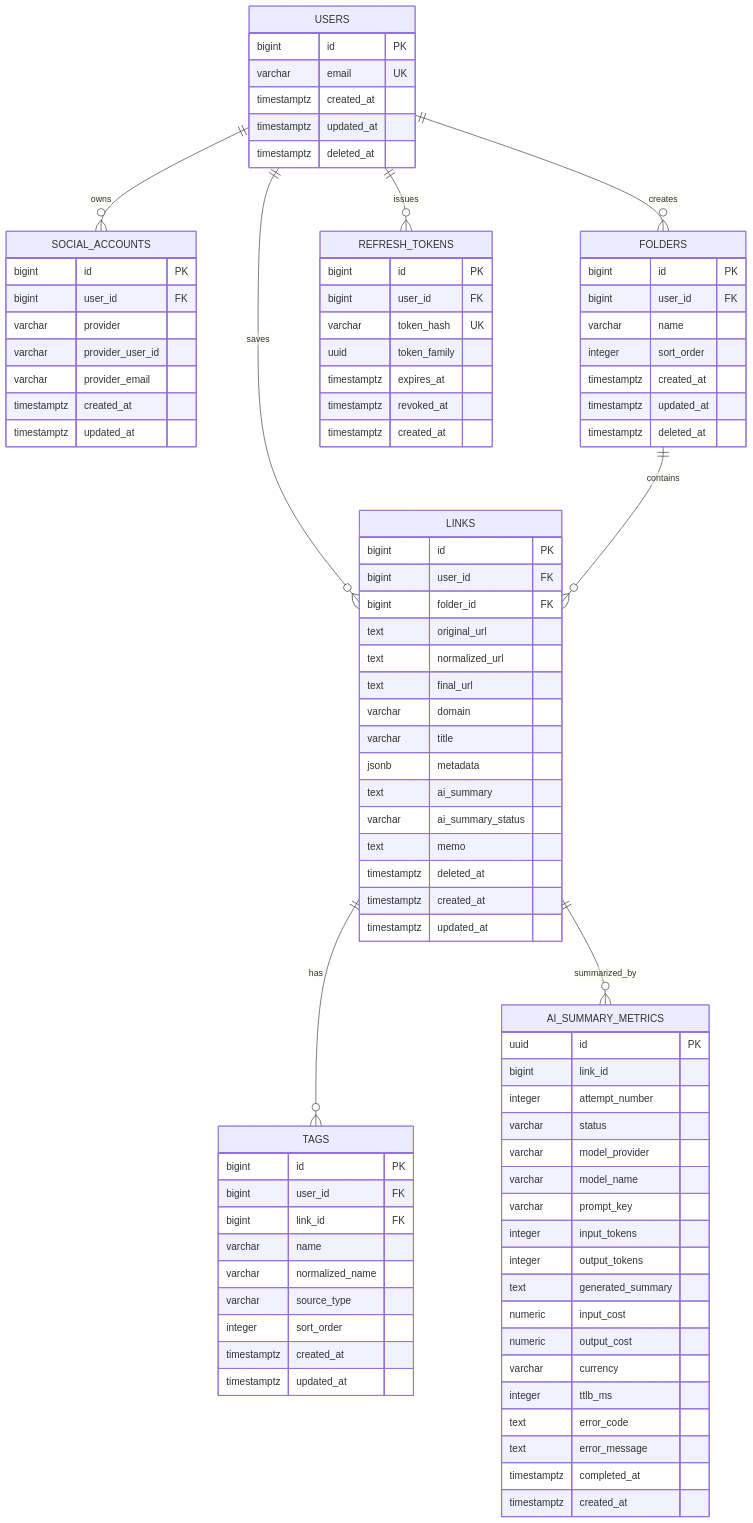
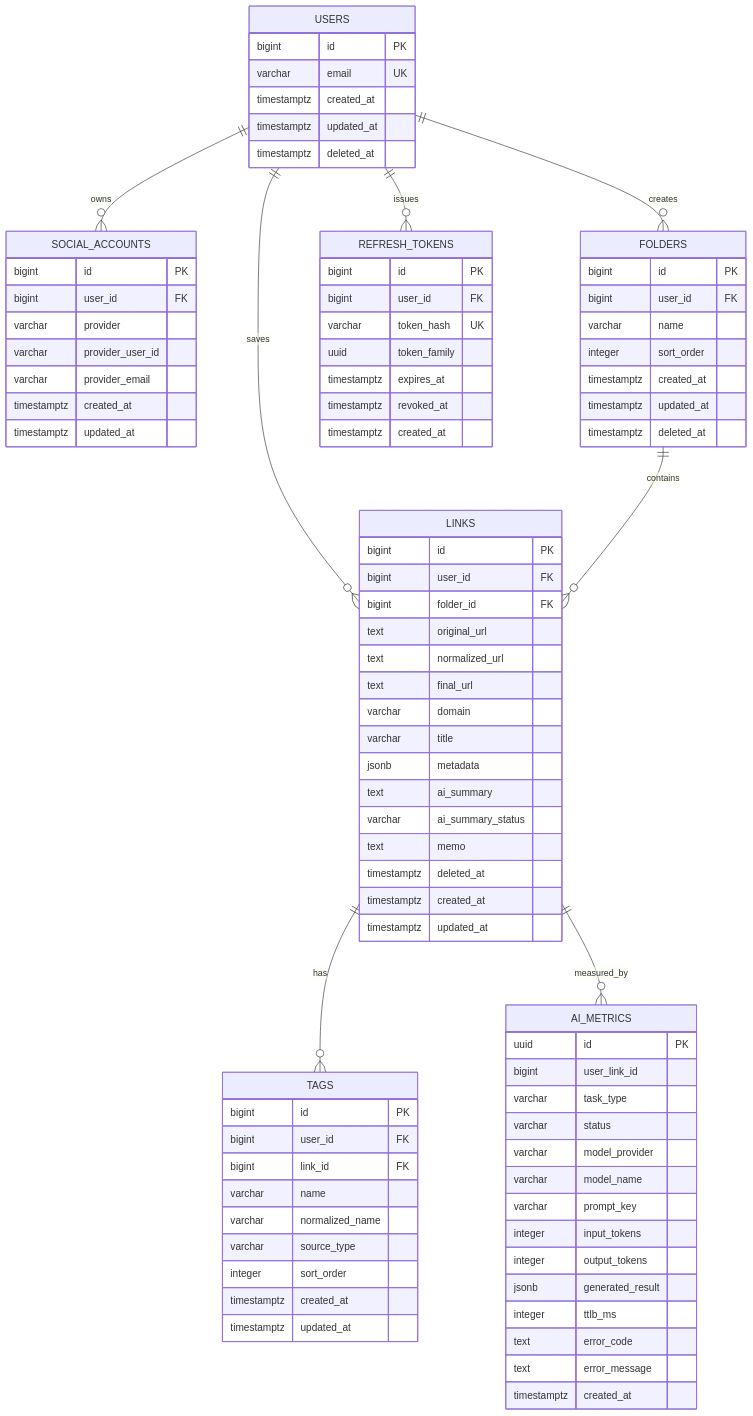
Before and after one commit to mash-up-kr/Promise.9-Server: the diagram in docs/database/erd.md, drawn with Mermaid. The commit also changed other lines of this file and 6 other files, not shown here.

````diff
--- a/docs/database/erd.md
+++ b/docs/database/erd.md
@@ -14,7 +14,7 @@
   USERS ||--o{ REFRESH_TOKENS : issues
   FOLDERS ||--o{ LINKS : contains
   LINKS ||--o{ TAGS : has
-  LINKS ||--o{ AI_SUMMARY_METRICS : summarized_by
+  LINKS ||--o{ AI_METRICS : measured_by
 
   USERS {
     bigint id PK
@@ -84,24 +84,20 @@
     timestamptz updated_at
   }
 
-  AI_SUMMARY_METRICS {
+  AI_METRICS {
     uuid id PK
-    bigint link_id
-    integer attempt_number
+    bigint user_link_id
+    varchar task_type
     varchar status
     varchar model_provider
     varchar model_name
     varchar prompt_key
     integer input_tokens
     integer output_tokens
-    text generated_summary
-    numeric input_cost
-    numeric output_cost
-    varchar currency
+    jsonb generated_result
     integer ttlb_ms
     text error_code
     text error_message
-    timestamptz completed_at
     timestamptz created_at
   }
 ```
````
